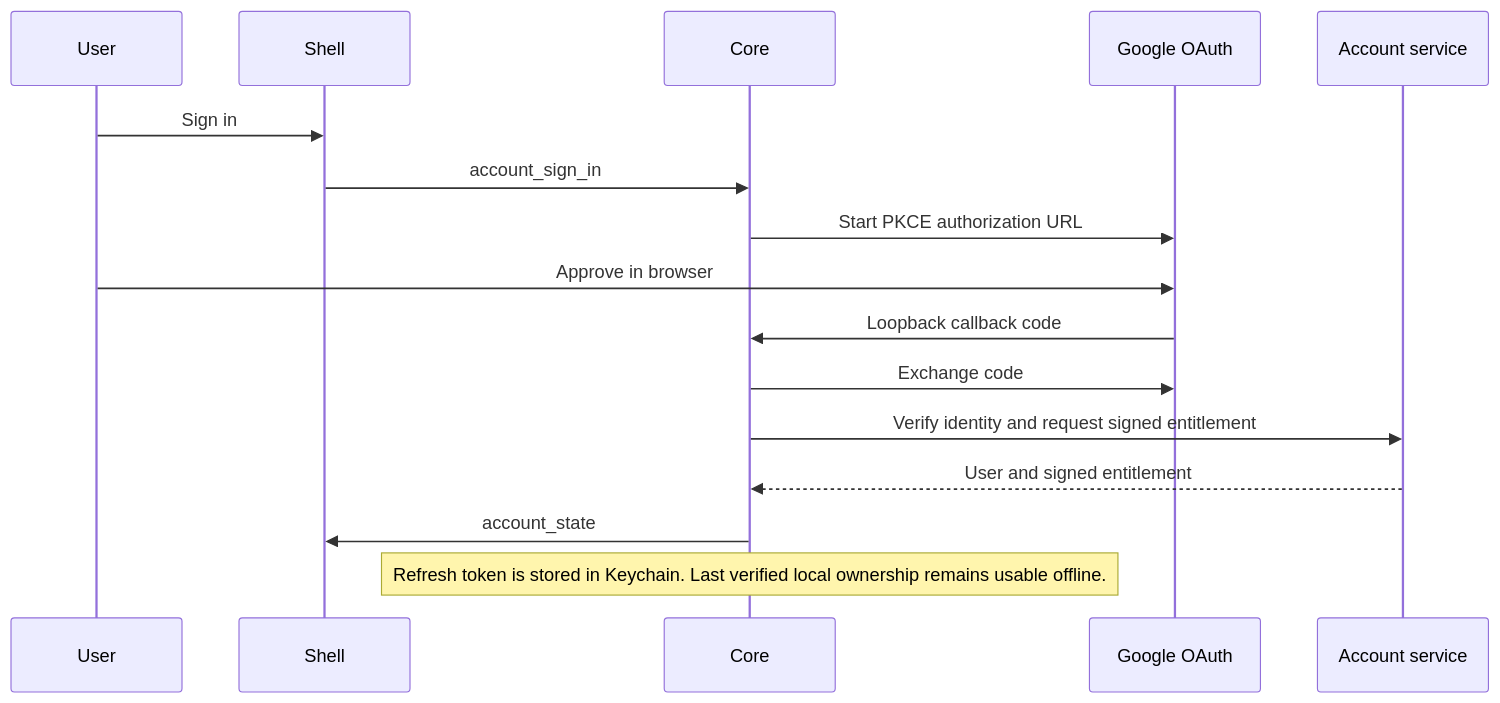
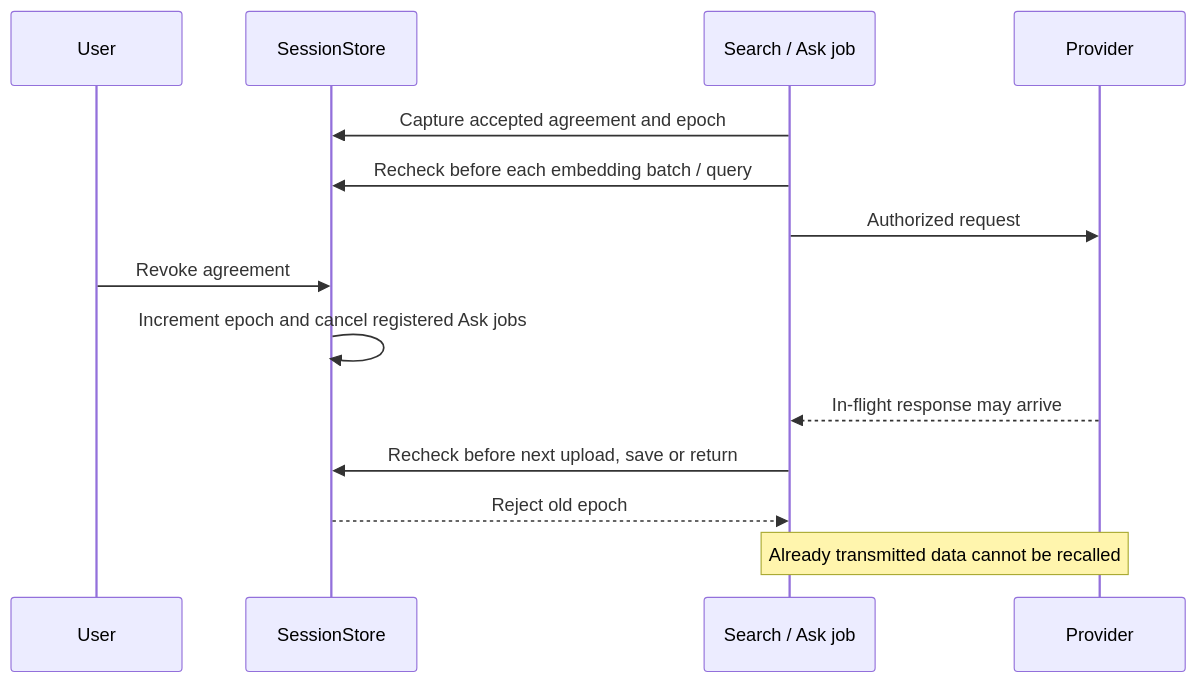
One commit to tienbob/ScribeLoop changed the eighth of 9 diagrams in ARCHITECTURE.md. Above: the diagram before and after it, drawn with Mermaid. The commit also changed other lines of this file and 2 other files, not shown here.

Commit message:
docs: refresh architecture with current system flow diagrams

````diff
--- a/ARCHITECTURE.md
+++ b/ARCHITECTURE.md
@@ -469,18 +308,16 @@
 ```mermaid
 sequenceDiagram
   participant U as User
-  participant S as Shell
-  participant C as Core
-  participant G as Google OAuth
-  participant A as Account service
-  U->>S: Sign in
-  S->>C: account_sign_in
-  C->>G: Start PKCE authorization URL
-  U->>G: Approve in browser
-  G->>C: Loopback callback code
-  C->>G: Exchange code
-  C->>A: Verify identity and request signed entitlement
-  A-->>C: User and signed entitlement
-  C->>S: account_state
-  Note over C: Refresh token is stored in Keychain. Last verified local ownership remains usable offline.
+  participant S as SessionStore
+  participant J as Search / Ask job
+  participant P as Provider
+  J->>S: Capture accepted agreement and epoch
+  J->>S: Recheck before each embedding batch / query
+  J->>P: Authorized request
+  U->>S: Revoke agreement
+  S->>S: Increment epoch and cancel registered Ask jobs
+  P-->>J: In-flight response may arrive
+  J->>S: Recheck before next upload, save or return
+  S-->>J: Reject old epoch
+  Note over J,P: Already transmitted data cannot be recalled
 ```
````
